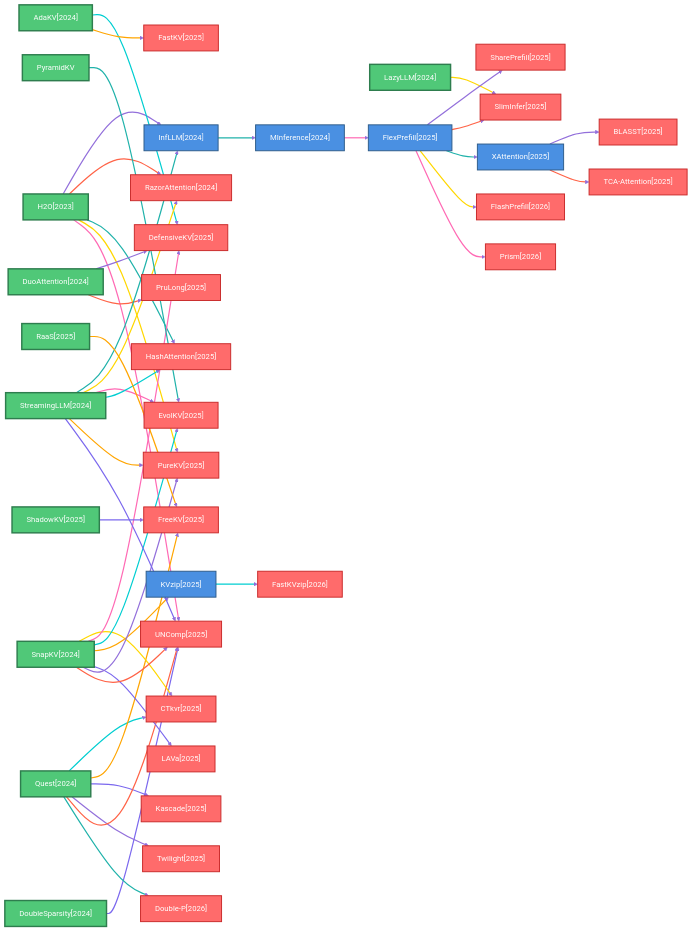
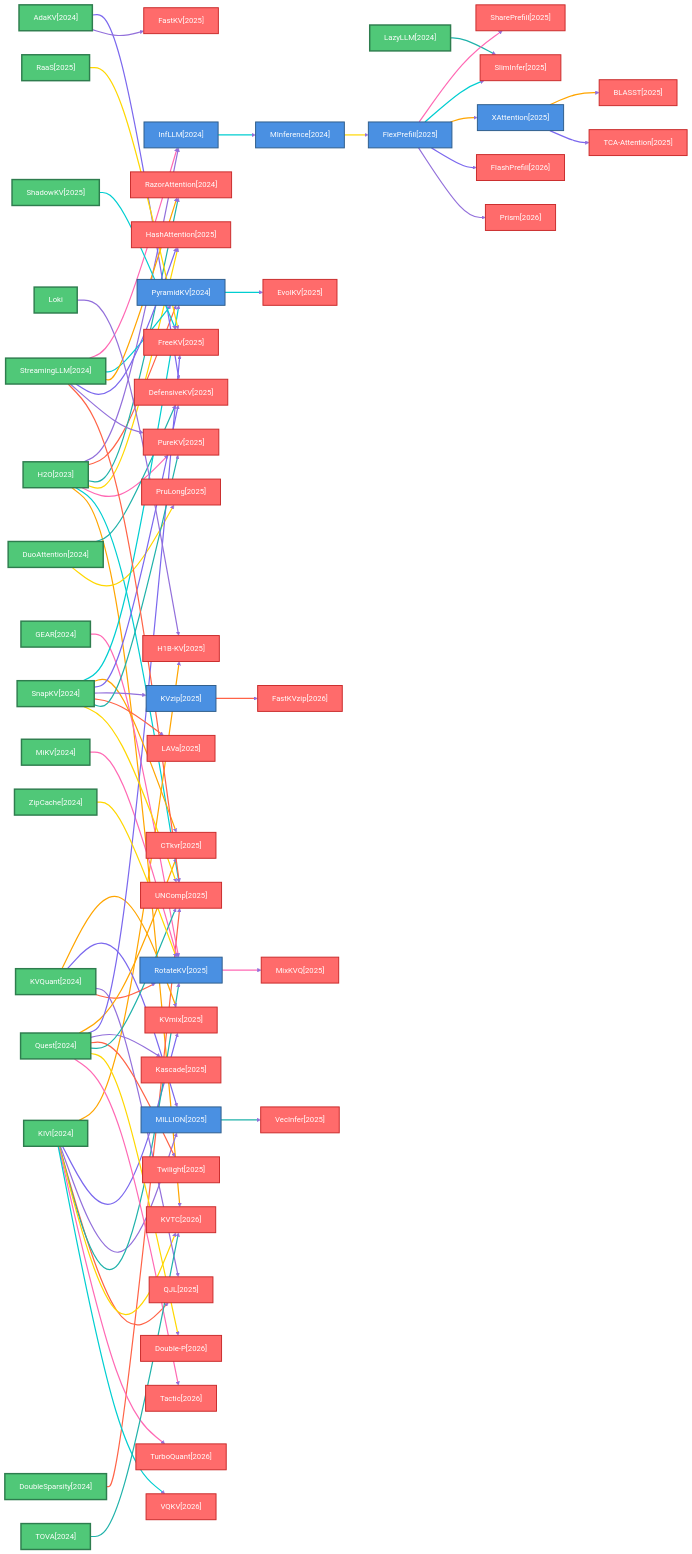
The first of 10 diagrams in docs/baseline_methods_graph.md (hustzxd/EfficientPaper), drawn with Mermaid (forest theme) before and after one commit. The commit also changed 33 other files, not shown here.

````diff
--- a/docs/baseline_methods_graph.md
+++ b/docs/baseline_methods_graph.md
@@ -27,15 +27,30 @@
     2024_DuoAttention["DuoAttention[2024]"]
     class 2024_DuoAttention rootNode
     click 2024_DuoAttention "../?search=DuoAttention" _blank
+    2024_GEAR["GEAR[2024]"]
+    class 2024_GEAR rootNode
+    click 2024_GEAR "../?search=GEAR" _blank
     2024_InfLLM["InfLLM[2024]"]
     class 2024_InfLLM defaultNode
     click 2024_InfLLM "../?search=InfLLM" _blank
+    2024_KIVI["KIVI[2024]"]
+    class 2024_KIVI rootNode
+    click 2024_KIVI "../?search=KIVI" _blank
+    2024_KVQuant["KVQuant[2024]"]
+    class 2024_KVQuant rootNode
+    click 2024_KVQuant "../?search=KVQuant" _blank
     2024_LazyLLM["LazyLLM[2024]"]
     class 2024_LazyLLM rootNode
     click 2024_LazyLLM "../?search=LazyLLM" _blank
     2024_MInference["MInference[2024]"]
     class 2024_MInference defaultNode
     click 2024_MInference "../?search=MInference" _blank
+    2024_MiKV["MiKV[2024]"]
+    class 2024_MiKV rootNode
+    click 2024_MiKV "../?search=MiKV" _blank
+    2024_PyramidKV["PyramidKV[2024]"]
+    class 2024_PyramidKV defaultNode
+    click 2024_PyramidKV "../?search=PyramidKV" _blank
     2024_Quest["Quest[2024]"]
     class 2024_Quest rootNode
     click 2024_Quest "../?search=Quest" _blank
@@ -48,6 +63,12 @@
     2024_StreamingLLM["StreamingLLM[2024]"]
     class 2024_StreamingLLM rootNode
     click 2024_StreamingLLM "../?search=StreamingLLM" _blank
+    2024_TOVA["TOVA[2024]"]
+    class 2024_TOVA rootNode
+    click 2024_TOVA "../?search=TOVA" _blank
+    2024_ZipCache["ZipCache[2024]"]
+    class 2024_ZipCache rootNode
+    click 2024_ZipCache "../?search=ZipCache" _blank
     2025_BLASST["BLASST[2025]"]
     class 2025_BLASST leafNode
     click 2025_BLASST "../?search=BLASST" _blank
@@ -69,9 +90,15 @@
     2025_FreeKV["FreeKV[2025]"]
     class 2025_FreeKV leafNode
     click 2025_FreeKV "../?search=FreeKV" _blank
+    2025_H1B_KV["H1B-KV[2025]"]
+    class 2025_H1B_KV leafNode
+    click 2025_H1B_KV "../?search=H1B-KV" _blank
     2025_HashAttention["HashAttention[2025]"]
     class 2025_HashAttention leafNode
     click 2025_HashAttention "../?search=HashAttention" _blank
+    2025_KVmix["KVmix[2025]"]
+    class 2025_KVmix leafNode
+    click 2025_KVmix "../?search=KVmix" _blank
     2025_KVzip["KVzip[2025]"]
     class 2025_KVzip defaultNode
     click 2025_KVzip "../?search=KVzip" _blank
@@ -81,15 +108,27 @@
     2025_LAVa["LAVa[2025]"]
     class 2025_LAVa leafNode
     click 2025_LAVa "../?search=LAVa" _blank
+    2025_MILLION["MILLION[2025]"]
+    class 2025_MILLION defaultNode
+    click 2025_MILLION "../?search=MILLION" _blank
+    2025_MixKVQ["MixKVQ[2025]"]
+    class 2025_MixKVQ leafNode
+    click 2025_MixKVQ "../?search=MixKVQ" _blank
     2025_PruLong["PruLong[2025]"]
     class 2025_PruLong leafNode
     click 2025_PruLong "../?search=PruLong" _blank
     2025_PureKV["PureKV[2025]"]
     class 2025_PureKV leafNode
     click 2025_PureKV "../?search=PureKV" _blank
+    2025_QJL["QJL[2025]"]
+    class 2025_QJL leafNode
+    click 2025_QJL "../?search=QJL" _blank
     2025_RaaS["RaaS[2025]"]
     class 2025_RaaS rootNode
     click 2025_RaaS "../?search=RaaS" _blank
+    2025_RotateKV["RotateKV[2025]"]
+    class 2025_RotateKV defaultNode
+    click 2025_RotateKV "../?search=RotateKV" _blank
     2025_ShadowKV["ShadowKV[2025]"]
     class 2025_ShadowKV rootNode
     click 2025_ShadowKV "../?search=ShadowKV" _blank
@@ -108,6 +147,9 @@
     2025_UNComp["UNComp[2025]"]
     class 2025_UNComp leafNode
     click 2025_UNComp "../?search=UNComp" _blank
+    2025_VecInfer["VecInfer[2025]"]
+    class 2025_VecInfer leafNode
+    click 2025_VecInfer "../?search=VecInfer" _blank
     2025_XAttention["XAttention[2025]"]
     class 2025_XAttention defaultNode
     click 2025_XAttention "../?search=XAttention" _blank
@@ -120,97 +162,153 @@
     2026_FlashPrefill["FlashPrefill[2026]"]
     class 2026_FlashPrefill leafNode
     click 2026_FlashPrefill "../?search=FlashPrefill" _blank
+    2026_KVTC["KVTC[2026]"]
+    class 2026_KVTC leafNode
+    click 2026_KVTC "../?search=KVTC" _blank
     2026_Prism["Prism[2026]"]
     class 2026_Prism leafNode
     click 2026_Prism "../?search=Prism" _blank
-    PyramidKV["PyramidKV"]
-    class PyramidKV rootNode
-    click PyramidKV "../?search=PyramidKV" _blank
+    2026_Tactic["Tactic[2026]"]
+    class 2026_Tactic leafNode
+    click 2026_Tactic "../?search=Tactic" _blank
+    2026_TurboQuant["TurboQuant[2026]"]
+    class 2026_TurboQuant leafNode
+    click 2026_TurboQuant "../?search=TurboQuant" _blank
+    2026_VQKV["VQKV[2026]"]
+    class 2026_VQKV leafNode
+    click 2026_VQKV "../?search=VQKV" _blank
+    Loki["Loki"]
+    class Loki rootNode
+    click Loki "../?search=Loki" _blank
 
     2023_H2O ==>|" "| 2024_InfLLM
     linkStyle 0 stroke:#9370DB,stroke-width:2.5px
+    2023_H2O ==>|" "| 2024_PyramidKV
+    linkStyle 1 stroke:#FF6347,stroke-width:2.5px
     2023_H2O ==>|" "| 2024_RazorAttention
-    linkStyle 1 stroke:#FF6347,stroke-width:2.5px
+    linkStyle 2 stroke:#20B2AA,stroke-width:2.5px
     2023_H2O ==>|" "| 2025_HashAttention
-    linkStyle 2 stroke:#20B2AA,stroke-width:2.5px
+    linkStyle 3 stroke:#FFD700,stroke-width:2.5px
     2023_H2O ==>|" "| 2025_PureKV
-    linkStyle 3 stroke:#FFD700,stroke-width:2.5px
+    linkStyle 4 stroke:#FF69B4,stroke-width:2.5px
     2023_H2O ==>|" "| 2025_UNComp
-    linkStyle 4 stroke:#FF69B4,stroke-width:2.5px
+    linkStyle 5 stroke:#00CED1,stroke-width:2.5px
+    2023_H2O ==>|" "| 2026_KVTC
+    linkStyle 6 stroke:#FFA500,stroke-width:2.5px
     2024_AdaKV ==>|" "| 2025_DefensiveKV
-    linkStyle 5 stroke:#00CED1,stroke-width:2.5px
+    linkStyle 7 stroke:#7B68EE,stroke-width:2.5px
     2024_AdaKV ==>|" "| 2025_FastKV
-    linkStyle 6 stroke:#FFA500,stroke-width:2.5px
+    linkStyle 8 stroke:#9370DB,stroke-width:2.5px
     2024_DoubleSparsity ==>|" "| 2025_UNComp
-    linkStyle 7 stroke:#7B68EE,stroke-width:2.5px
+    linkStyle 9 stroke:#FF6347,stroke-width:2.5px
     2024_DuoAttention ==>|" "| 2025_DefensiveKV
-    linkStyle 8 stroke:#9370DB,stroke-width:2.5px
+    linkStyle 10 stroke:#20B2AA,stroke-width:2.5px
     2024_DuoAttention ==>|" "| 2025_PruLong
-    linkStyle 9 stroke:#FF6347,stroke-width:2.5px
+    linkStyle 11 stroke:#FFD700,stroke-width:2.5px
+    2024_GEAR ==>|" "| 2025_RotateKV
+    linkStyle 12 stroke:#FF69B4,stroke-width:2.5px
     2024_InfLLM ==>|" "| 2024_MInference
-    linkStyle 10 stroke:#20B2AA,stroke-width:2.5px
+    linkStyle 13 stroke:#00CED1,stroke-width:2.5px
+    2024_KIVI ==>|" "| 2025_H1B_KV
+    linkStyle 14 stroke:#FFA500,stroke-width:2.5px
+    2024_KIVI ==>|" "| 2025_KVmix
+    linkStyle 15 stroke:#7B68EE,stroke-width:2.5px
+    2024_KIVI ==>|" "| 2025_MILLION
+    linkStyle 16 stroke:#9370DB,stroke-width:2.5px
+    2024_KIVI ==>|" "| 2025_QJL
+    linkStyle 17 stroke:#FF6347,stroke-width:2.5px
+    2024_KIVI ==>|" "| 2025_RotateKV
+    linkStyle 18 stroke:#20B2AA,stroke-width:2.5px
+    2024_KIVI ==>|" "| 2026_KVTC
+    linkStyle 19 stroke:#FFD700,stroke-width:2.5px
+    2024_KIVI ==>|" "| 2026_TurboQuant
+    linkStyle 20 stroke:#FF69B4,stroke-width:2.5px
+    2024_KIVI ==>|" "| 2026_VQKV
+    linkStyle 21 stroke:#00CED1,stroke-width:2.5px
+    2024_KVQuant ==>|" "| 2025_KVmix
+    linkStyle 22 stroke:#FFA500,stroke-width:2.5px
+    2024_KVQuant ==>|" "| 2025_MILLION
+    linkStyle 23 stroke:#7B68EE,stroke-width:2.5px
+    2024_KVQuant ==>|" "| 2025_QJL
+    linkStyle 24 stroke:#9370DB,stroke-width:2.5px
+    2024_KVQuant ==>|" "| 2025_RotateKV
+    linkStyle 25 stroke:#FF6347,stroke-width:2.5px
     2024_LazyLLM ==>|" "| 2025_SlimInfer
-    linkStyle 11 stroke:#FFD700,stroke-width:2.5px
+    linkStyle 26 stroke:#20B2AA,stroke-width:2.5px
     2024_MInference ==>|" "| 2025_FlexPrefill
-    linkStyle 12 stroke:#FF69B4,stroke-width:2.5px
+    linkStyle 27 stroke:#FFD700,stroke-width:2.5px
+    2024_MiKV ==>|" "| 2025_RotateKV
+    linkStyle 28 stroke:#FF69B4,stroke-width:2.5px
+    2024_PyramidKV ==>|" "| 2025_EvolKV
+    linkStyle 29 stroke:#00CED1,stroke-width:2.5px
     2024_Quest ==>|" "| 2025_CTkvr
-    linkStyle 13 stroke:#00CED1,stroke-width:2.5px
+    linkStyle 30 stroke:#FFA500,stroke-width:2.5px
     2024_Quest ==>|" "| 2025_FreeKV
-    linkStyle 14 stroke:#FFA500,stroke-width:2.5px
+    linkStyle 31 stroke:#7B68EE,stroke-width:2.5px
     2024_Quest ==>|" "| 2025_Kascade
-    linkStyle 15 stroke:#7B68EE,stroke-width:2.5px
+    linkStyle 32 stroke:#9370DB,stroke-width:2.5px
     2024_Quest ==>|" "| 2025_Twilight
-    linkStyle 16 stroke:#9370DB,stroke-width:2.5px
+    linkStyle 33 stroke:#FF6347,stroke-width:2.5px
     2024_Quest ==>|" "| 2025_UNComp
-    linkStyle 17 stroke:#FF6347,stroke-width:2.5px
+    linkStyle 34 stroke:#20B2AA,stroke-width:2.5px
     2024_Quest ==>|" "| 2026_Double_P
-    linkStyle 18 stroke:#20B2AA,stroke-width:2.5px
+    linkStyle 35 stroke:#FFD700,stroke-width:2.5px
+    2024_Quest ==>|" "| 2026_Tactic
+    linkStyle 36 stroke:#FF69B4,stroke-width:2.5px
+    2024_SnapKV ==>|" "| 2024_PyramidKV
+    linkStyle 37 stroke:#00CED1,stroke-width:2.5px
     2024_SnapKV ==>|" "| 2025_CTkvr
-    linkStyle 19 stroke:#FFD700,stroke-width:2.5px
+    linkStyle 38 stroke:#FFA500,stroke-width:2.5px
     2024_SnapKV ==>|" "| 2025_DefensiveKV
-    linkStyle 20 stroke:#FF69B4,stroke-width:2.5px
-    2024_SnapKV ==>|" "| 2025_EvolKV
-    linkStyle 21 stroke:#00CED1,stroke-width:2.5px
+    linkStyle 39 stroke:#7B68EE,stroke-width:2.5px
     2024_SnapKV ==>|" "| 2025_KVzip
-    linkStyle 22 stroke:#FFA500,stroke-width:2.5px
+    linkStyle 40 stroke:#9370DB,stroke-width:2.5px
     2024_SnapKV ==>|" "| 2025_LAVa
-    linkStyle 23 stroke:#7B68EE,stroke-width:2.5px
+    linkStyle 41 stroke:#FF6347,stroke-width:2.5px
     2024_SnapKV ==>|" "| 2025_PureKV
-    linkStyle 24 stroke:#9370DB,stroke-width:2.5px
+    linkStyle 42 stroke:#20B2AA,stroke-width:2.5px
     2024_SnapKV ==>|" "| 2025_UNComp
-    linkStyle 25 stroke:#FF6347,stroke-width:2.5px
+    linkStyle 43 stroke:#FFD700,stroke-width:2.5px
     2024_StreamingLLM ==>|" "| 2024_InfLLM
-    linkStyle 26 stroke:#20B2AA,stroke-width:2.5px
+    linkStyle 44 stroke:#FF69B4,stroke-width:2.5px
+    2024_StreamingLLM ==>|" "| 2024_PyramidKV
+    linkStyle 45 stroke:#00CED1,stroke-width:2.5px
     2024_StreamingLLM ==>|" "| 2024_RazorAttention
-    linkStyle 27 stroke:#FFD700,stroke-width:2.5px
-    2024_StreamingLLM ==>|" "| 2025_EvolKV
-    linkStyle 28 stroke:#FF69B4,stroke-width:2.5px
+    linkStyle 46 stroke:#FFA500,stroke-width:2.5px
     2024_StreamingLLM ==>|" "| 2025_HashAttention
-    linkStyle 29 stroke:#00CED1,stroke-width:2.5px
+    linkStyle 47 stroke:#7B68EE,stroke-width:2.5px
     2024_StreamingLLM ==>|" "| 2025_PureKV
-    linkStyle 30 stroke:#FFA500,stroke-width:2.5px
+    linkStyle 48 stroke:#9370DB,stroke-width:2.5px
     2024_StreamingLLM ==>|" "| 2025_UNComp
-    linkStyle 31 stroke:#7B68EE,stroke-width:2.5px
+    linkStyle 49 stroke:#FF6347,stroke-width:2.5px
+    2024_TOVA ==>|" "| 2026_KVTC
+    linkStyle 50 stroke:#20B2AA,stroke-width:2.5px
+    2024_ZipCache ==>|" "| 2025_RotateKV
+    linkStyle 51 stroke:#FFD700,stroke-width:2.5px
     2025_FlexPrefill ==>|" "| 2025_SharePrefill
-    linkStyle 32 stroke:#9370DB,stroke-width:2.5px
+    linkStyle 52 stroke:#FF69B4,stroke-width:2.5px
     2025_FlexPrefill ==>|" "| 2025_SlimInfer
-    linkStyle 33 stroke:#FF6347,stroke-width:2.5px
+    linkStyle 53 stroke:#00CED1,stroke-width:2.5px
     2025_FlexPrefill ==>|" "| 2025_XAttention
-    linkStyle 34 stroke:#20B2AA,stroke-width:2.5px
+    linkStyle 54 stroke:#FFA500,stroke-width:2.5px
     2025_FlexPrefill ==>|" "| 2026_FlashPrefill
-    linkStyle 35 stroke:#FFD700,stroke-width:2.5px
+    linkStyle 55 stroke:#7B68EE,stroke-width:2.5px
     2025_FlexPrefill ==>|" "| 2026_Prism
-    linkStyle 36 stroke:#FF69B4,stroke-width:2.5px
+    linkStyle 56 stroke:#9370DB,stroke-width:2.5px
     2025_KVzip ==>|" "| 2026_FastKVzip
-    linkStyle 37 stroke:#00CED1,stroke-width:2.5px
+    linkStyle 57 stroke:#FF6347,stroke-width:2.5px
+    2025_MILLION ==>|" "| 2025_VecInfer
+    linkStyle 58 stroke:#20B2AA,stroke-width:2.5px
     2025_RaaS ==>|" "| 2025_FreeKV
-    linkStyle 38 stroke:#FFA500,stroke-width:2.5px
+    linkStyle 59 stroke:#FFD700,stroke-width:2.5px
+    2025_RotateKV ==>|" "| 2025_MixKVQ
+    linkStyle 60 stroke:#FF69B4,stroke-width:2.5px
     2025_ShadowKV ==>|" "| 2025_FreeKV
-    linkStyle 39 stroke:#7B68EE,stroke-width:2.5px
+    linkStyle 61 stroke:#00CED1,stroke-width:2.5px
     2025_XAttention ==>|" "| 2025_BLASST
-    linkStyle 40 stroke:#9370DB,stroke-width:2.5px
+    linkStyle 62 stroke:#FFA500,stroke-width:2.5px
     2025_XAttention ==>|" "| 2025_TCA_Attention
-    linkStyle 41 stroke:#FF6347,stroke-width:2.5px
-    PyramidKV ==>|" "| 2025_EvolKV
-    linkStyle 42 stroke:#20B2AA,stroke-width:2.5px
+    linkStyle 63 stroke:#7B68EE,stroke-width:2.5px
+    Loki ==>|" "| 2025_H1B_KV
+    linkStyle 64 stroke:#9370DB,stroke-width:2.5px
 ```
````
